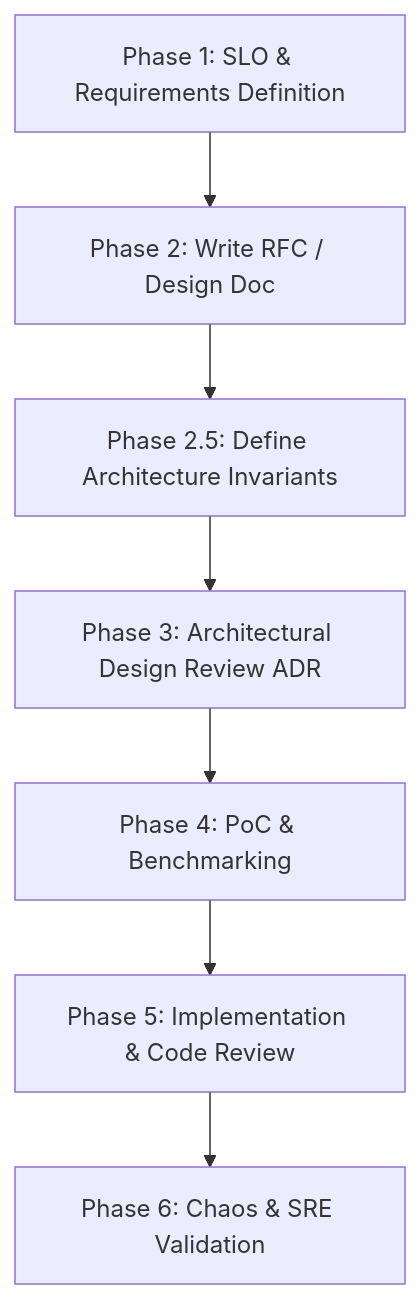
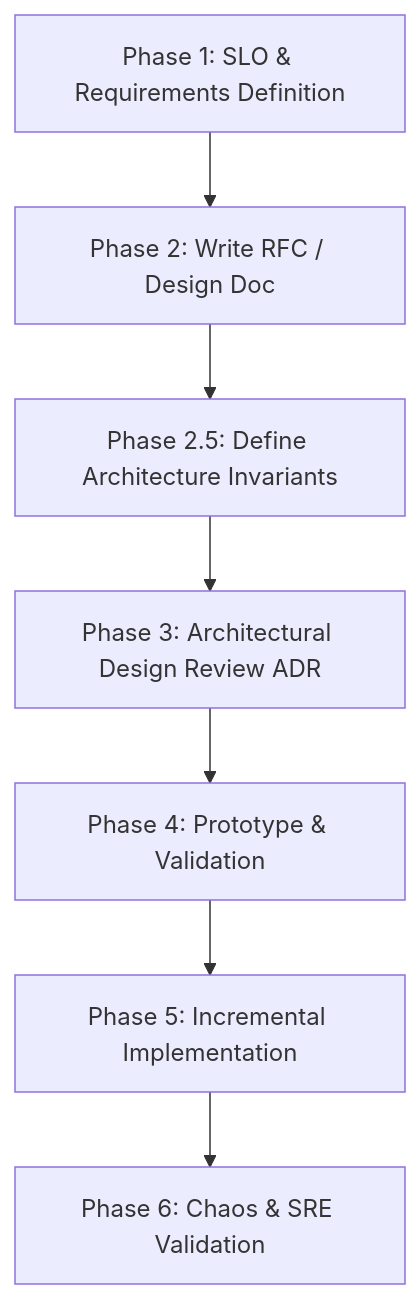
The diagram in plan/v1.0/design/design_path.md (moadabdou/Shiden), drawn with Mermaid before and after one commit. The commit also changed other lines of this file and 4 other files, not shown here.

Commit message:
docs: update ADR-001 to approved status and add architectural design documents for invariants, implementation order, and targets.

````diff
--- a/plan/v1.0/design/design_path.md
+++ b/plan/v1.0/design/design_path.md
@@ -9,9 +9,9 @@
 ```mermaid
 graph TD
     A[Phase 1: SLO & Requirements Definition] --> B[Phase 2: Write RFC / Design Doc]
     B --> X[Phase 2.5: Define Architecture Invariants]
     X --> C[Phase 3: Architectural Design Review ADR]
-    C --> D[Phase 4: PoC & Benchmarking]
-    D --> E[Phase 5: Implementation & Code Review]
+    C --> D[Phase 4: Prototype & Validation]
+    D --> E[Phase 5: Incremental Implementation]
     E --> F[Phase 6: Chaos & SRE Validation]
 ```
````
